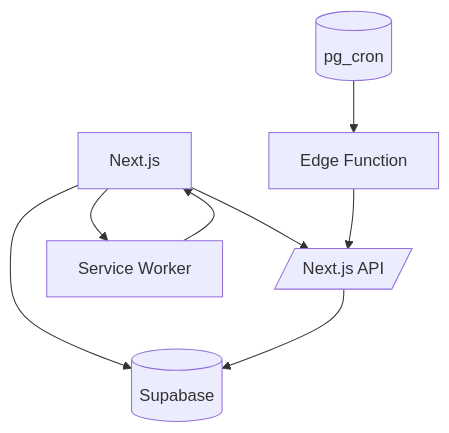
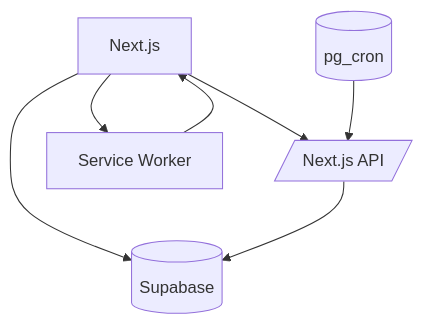
Before and after one commit to kristiandrex/sabeo: the diagram in README.md, drawn with Mermaid. The commit also changed other lines of this file and 6 other files, not shown here.

Commit message:
Move scheduling from Edge Function to Next API

````diff
--- a/README.md
+++ b/README.md
@@ -22,10 +22,9 @@
 ```mermaid
 graph TD
   App[Next.js] --> Supabase[(Supabase)]
   App --> API[/Next.js API/]
   App --> PWA[Service Worker]
   API --> Supabase
   PWA --> App
-  Cron[(pg_cron)] --> EdgeFn[Edge Function]
-  EdgeFn --> API
+  Cron[(pg_cron)] --> API
 ```
````
